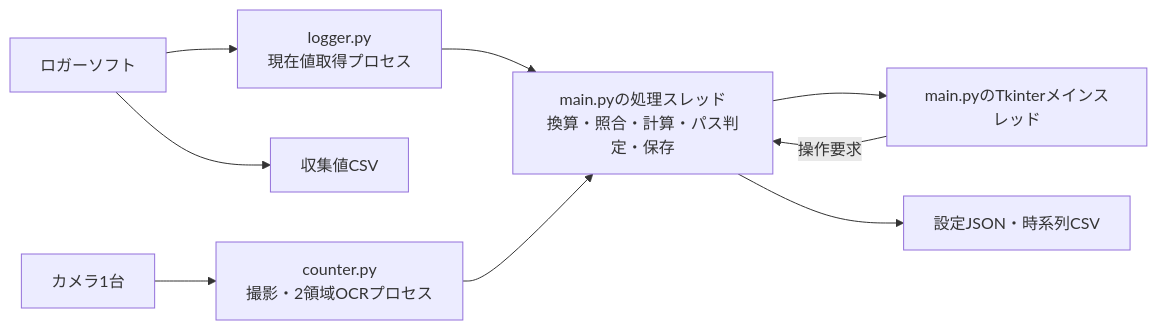
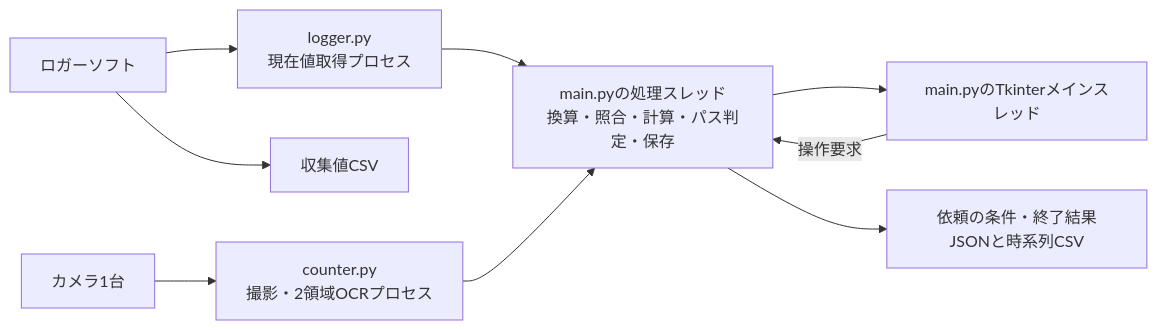
Before and after one commit to TkymHrt/code-scraps: the first of 2 diagrams in scraps/logger-ocr-live/SYSTEM_PLAN.md, drawn with Mermaid. The commit also changed other lines of this file and 2 other files, not shown here.

````diff
--- a/scraps/logger-ocr-live/SYSTEM_PLAN.md
+++ b/scraps/logger-ocr-live/SYSTEM_PLAN.md
@@ -32,11 +32,11 @@
 ```mermaid
 flowchart LR
     W[ロガーソフト] --> L[logger.py<br/>現在値取得プロセス]
     W --> C[収集値CSV]
     CAM[カメラ1台] --> O[counter.py<br/>撮影・2領域OCRプロセス]
     L --> P[main.pyの処理スレッド<br/>換算・照合・計算・パス判定・保存]
     O --> P
     P --> G[main.pyのTkinterメインスレッド]
     G -->|操作要求| P
-    P --> F[設定JSON・時系列CSV]
+    P --> F[依頼の条件・終了結果JSONと時系列CSV]
 ```
````
